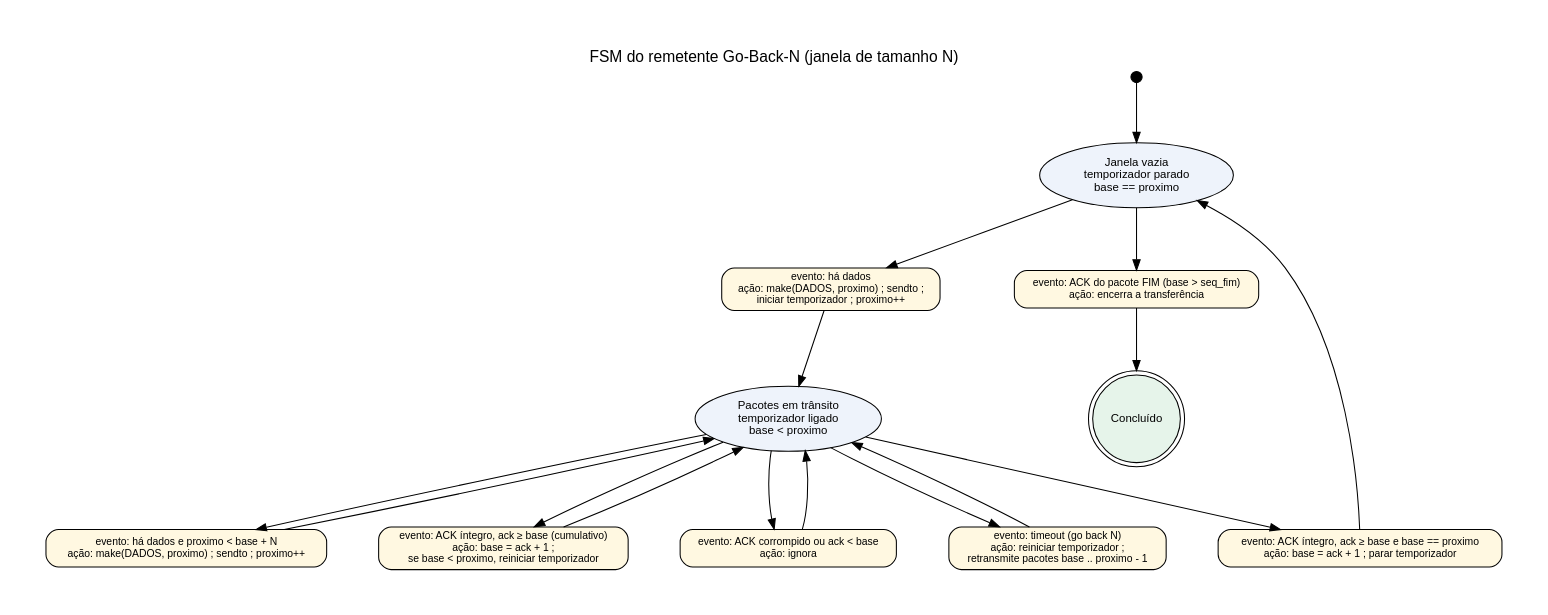
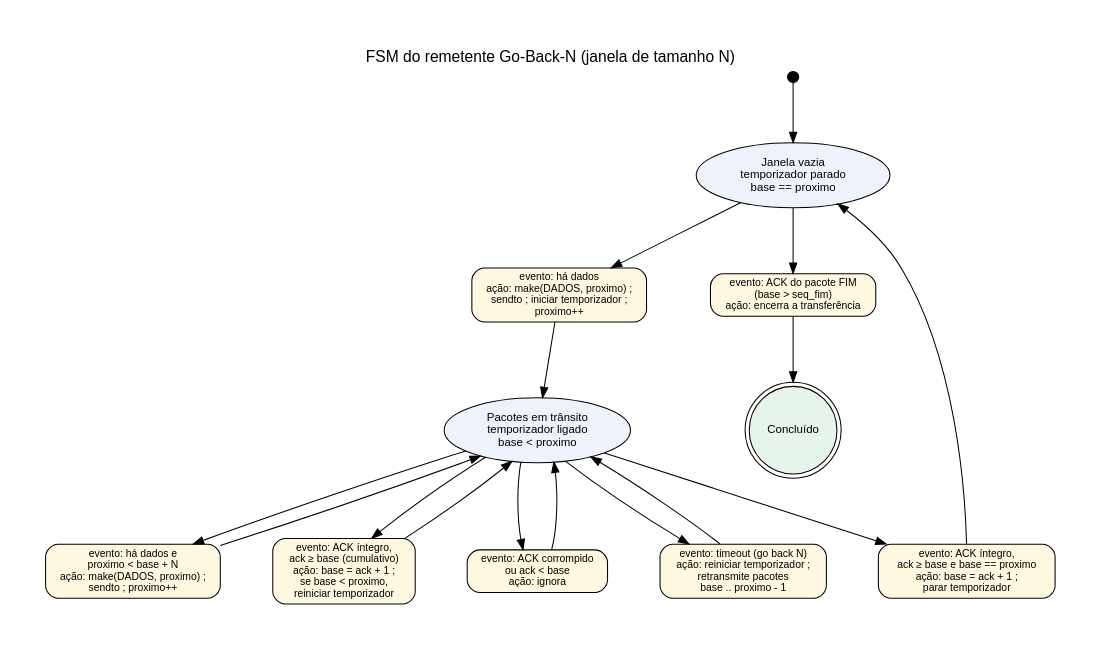
The diagram in graficos/fsm_gbn_remetente.dot (LucasDeveloper0/projeto-redes), drawn with Graphviz before and after one commit. The commit also changed 3 other files, not shown here.

```diff
--- a/graficos/fsm_gbn_remetente.dot
+++ b/graficos/fsm_gbn_remetente.dot
@@ -1,34 +1,34 @@
 // FSM do remetente Go-Back-N. Gerar a imagem com:
 //   dot -Tpng -Gdpi=150 graficos/fsm_gbn_remetente.dot -o graficos/fsm_gbn_remetente.png
 // Estados = elipses azuis; cada transição = caixa amarela (evento / ação).
 digraph gbn_remetente {
   rankdir=TB; nodesep=0.7; ranksep=0.8; pad=0.5;
   label="FSM do remetente Go-Back-N (janela de tamanho N)"; labelloc=t; fontsize=15;
   fontname="Helvetica";
   node [fontname="Helvetica", fontsize=11, shape=ellipse, style=filled, fillcolor="#eef3fb"];
   edge [fontname="Helvetica", fontsize=9];
 
   ini [shape=point, width=0.15, fillcolor="black", label=""];
   vazia [label="Janela vazia\ntemporizador parado\nbase == proximo"];
   transito [label="Pacotes em trânsito\ntemporizador ligado\nbase < proximo"];
   fim [label="Concluído", shape=doublecircle, fillcolor="#e6f4ea"];
 
   // transições (caixas)
   node [shape=box, style="rounded,filled", fillcolor="#fff8e1", fontsize=10];
-  t_primeiro [label="evento: há dados\nação: make(DADOS, proximo) ; sendto ;\niniciar temporizador ; proximo++"];
-  t_envia    [label="evento: há dados e proximo < base + N\nação: make(DADOS, proximo) ; sendto ; proximo++"];
-  t_ack      [label="evento: ACK íntegro, ack ≥ base (cumulativo)\nação: base = ack + 1 ;\nse base < proximo, reiniciar temporizador"];
-  t_ignora   [label="evento: ACK corrompido ou ack < base\nação: ignora"];
-  t_timeout  [label="evento: timeout (go back N)\nação: reiniciar temporizador ;\nretransmite pacotes base .. proximo - 1"];
-  t_esvazia  [label="evento: ACK íntegro, ack ≥ base e base == proximo\nação: base = ack + 1 ; parar temporizador"];
-  t_fim      [label="evento: ACK do pacote FIM (base > seq_fim)\nação: encerra a transferência"];
+  t_primeiro [label="evento: há dados\nação: make(DADOS, proximo) ;\nsendto ; iniciar temporizador ;\nproximo++"];
+  t_envia    [label="evento: há dados e\nproximo < base + N\nação: make(DADOS, proximo) ;\nsendto ; proximo++"];
+  t_ack      [label="evento: ACK íntegro,\nack ≥ base (cumulativo)\nação: base = ack + 1 ;\nse base < proximo,\nreiniciar temporizador"];
+  t_ignora   [label="evento: ACK corrompido\nou ack < base\nação: ignora"];
+  t_timeout  [label="evento: timeout (go back N)\nação: reiniciar temporizador ;\nretransmite pacotes\nbase .. proximo - 1"];
+  t_esvazia  [label="evento: ACK íntegro,\nack ≥ base e base == proximo\nação: base = ack + 1 ;\nparar temporizador"];
+  t_fim      [label="evento: ACK do pacote FIM\n(base > seq_fim)\nação: encerra a transferência"];
 
   ini -> vazia;
   vazia -> t_primeiro -> transito;
   transito -> t_envia -> transito;
   transito -> t_ack -> transito;
   transito -> t_ignora -> transito;
   transito -> t_timeout -> transito;
   transito -> t_esvazia -> vazia;
   vazia -> t_fim -> fim;
 }
```
